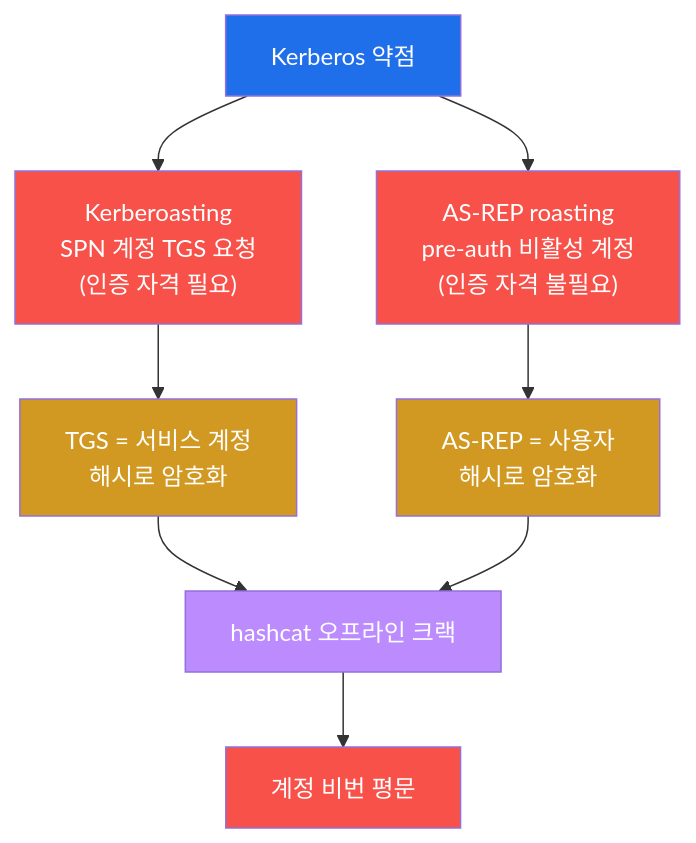
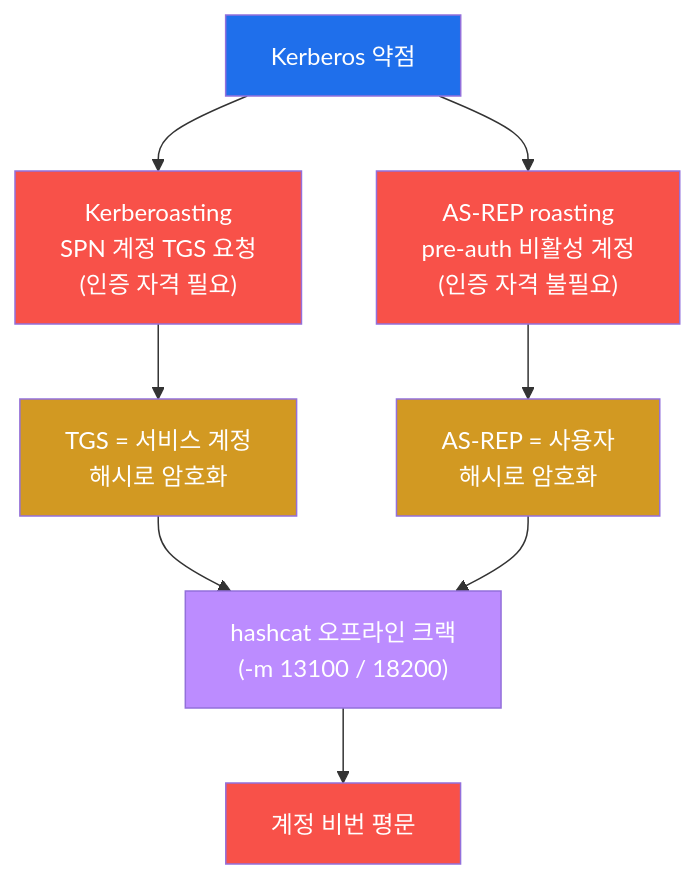
The fourth of 5 diagrams in contents/training/attack-adv/lecture_week09.md (mrgrit/tw2), drawn with Mermaid before and after one commit. The commit also changed other lines of this file, not shown here.

First line of the commit message:
docs(attack-adv): W09 강의 골드 확장 (203→325줄) — 정직 스코핑('없음 확인'도 정찰)·AD 4객체·Kerberoast/AS-REP hashcat 모드·BloodHound·임의작명

````diff
--- a/contents/training/attack-adv/lecture_week09.md
+++ b/contents/training/attack-adv/lecture_week09.md
@@ -126,18 +194,18 @@
 ```mermaid
 graph TD
     KRB["Kerberos 약점"]
     KRB --> KR["Kerberoasting<br/>SPN 계정 TGS 요청<br/>(인증 자격 필요)"]
     KRB --> AR["AS-REP roasting<br/>pre-auth 비활성 계정<br/>(인증 자격 불필요)"]
     KR --> TGS["TGS = 서비스 계정<br/>해시로 암호화"]
     AR --> ASREP["AS-REP = 사용자<br/>해시로 암호화"]
-    TGS --> CRACK["hashcat 오프라인 크랙"]
+    TGS --> CRACK["hashcat 오프라인 크랙<br/>(-m 13100 / 18200)"]
     ASREP --> CRACK
     CRACK --> CRED["계정 비번 평문"]
     style KRB fill:#1f6feb,color:#fff
     style KR fill:#f85149,color:#fff
     style AR fill:#f85149,color:#fff
     style TGS fill:#d29922,color:#fff
     style ASREP fill:#d29922,color:#fff
     style CRACK fill:#bc8cff,color:#fff
     style CRED fill:#f85149,color:#fff
 ```
````
